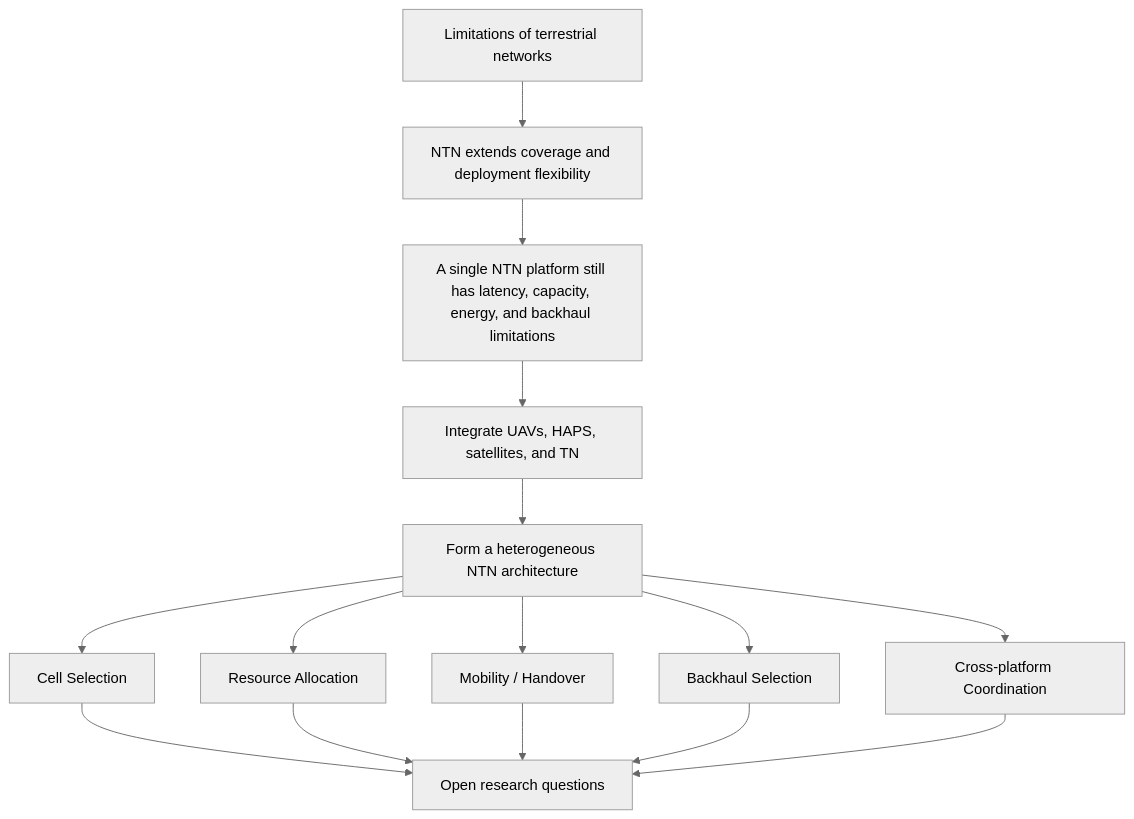
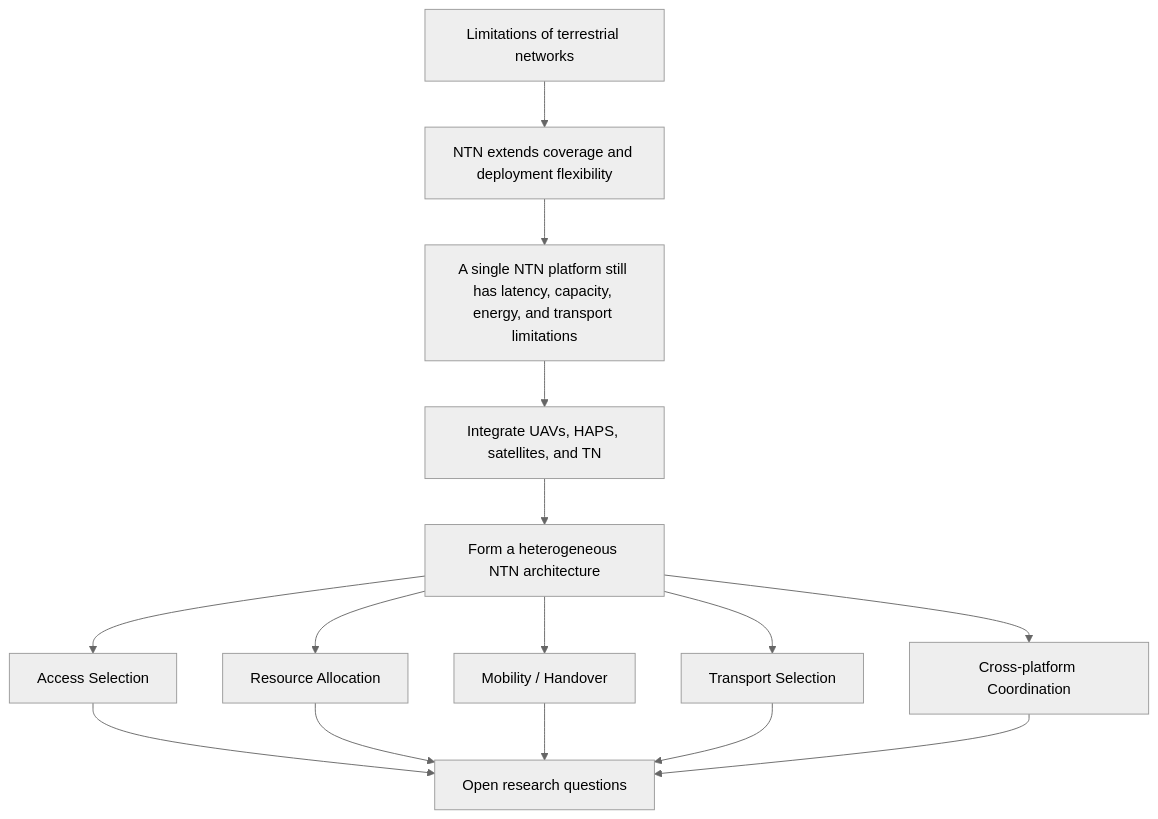
Before and after one commit to free5gc/free5gc.github.io: the first of 2 diagrams in docs/blog/20260831/20260831.md, drawn with Mermaid (neutral theme). The commit also changed other lines of this file, not shown here.

Commit message:
docs: refine heterogeneous NTN introduction

````diff
--- a/docs/blog/20260831/20260831.md
+++ b/docs/blog/20260831/20260831.md
@@ -23,17 +23,17 @@
 ```mermaid
 flowchart TD
     A["Limitations of terrestrial networks"] --> B["NTN extends coverage and deployment flexibility"]
-    B --> C["A single NTN platform still has latency, capacity, energy, and backhaul limitations"]
+    B --> C["A single NTN platform still has latency, capacity, energy, and transport limitations"]
     C --> D["Integrate UAVs, HAPS, satellites, and TN"]
     D --> E["Form a heterogeneous NTN architecture"]
-    E --> F["Cell Selection"]
+    E --> F["Access Selection"]
     E --> G["Resource Allocation"]
     E --> H["Mobility / Handover"]
-    E --> I["Backhaul Selection"]
+    E --> I["Transport Selection"]
     E --> J["Cross-platform Coordination"]
     F --> K["Open research questions"]
     G --> K
     H --> K
     I --> K
     J --> K
 ```
````
